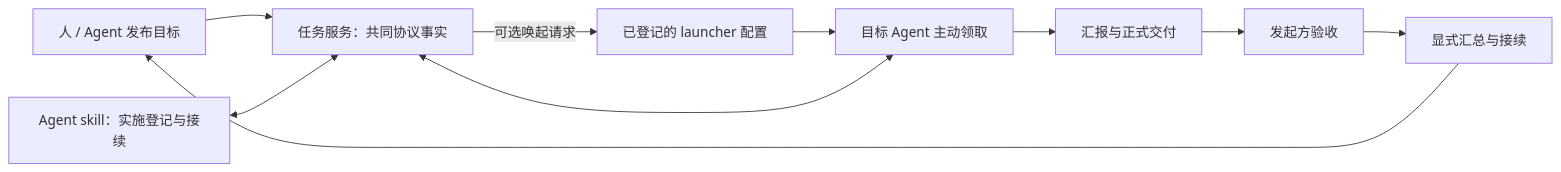
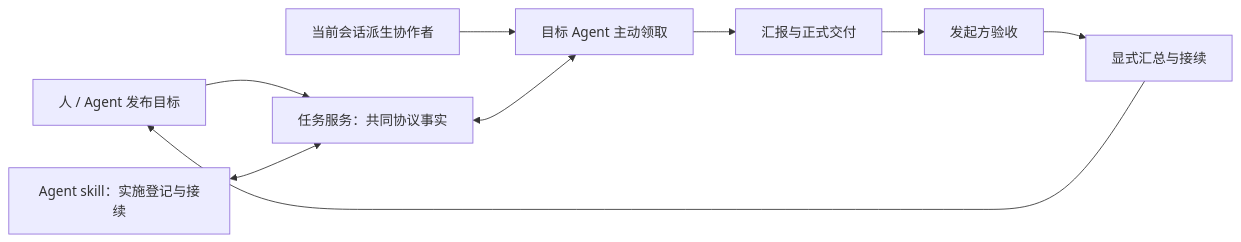
One commit to Csneer/task-ledger-demo changed the diagram in README.md. Above: the diagram before and after it, drawn with Mermaid. The commit also changed other lines of this file and 59 other files, not shown here.

````diff
--- a/README.md
+++ b/README.md
@@ -24,12 +24,11 @@
 ```mermaid
 flowchart LR
     P["人 / Agent 发布目标"] --> T["任务服务：共同协议事实"]
     S["Agent skill：实施登记与接续"] <--> T
-    T -->|可选唤起请求| L["已登记的 launcher 配置"]
-    L --> A["目标 Agent 主动领取"]
+    C["当前会话派生协作者"] --> A["目标 Agent 主动领取"]
     T <--> A
     A --> R["汇报与正式交付"]
     R --> D["发起方验收"]
     D --> H["显式汇总与接续"]
     H --> P
 ```
````
